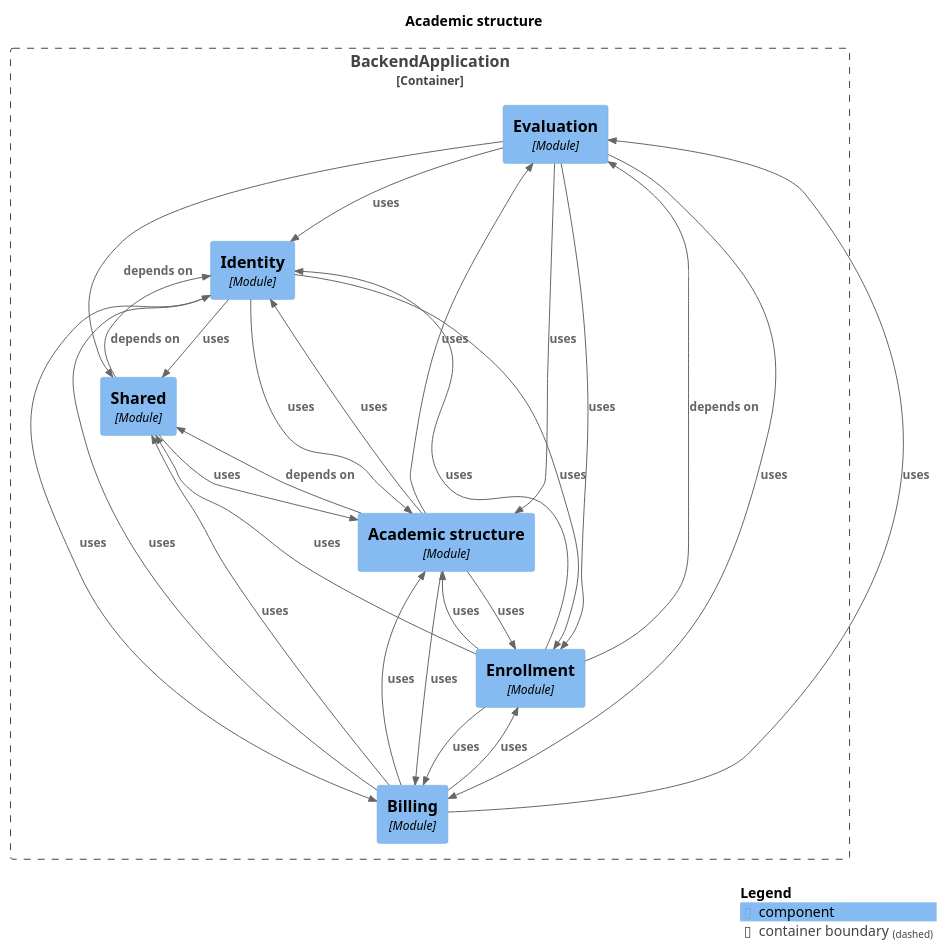
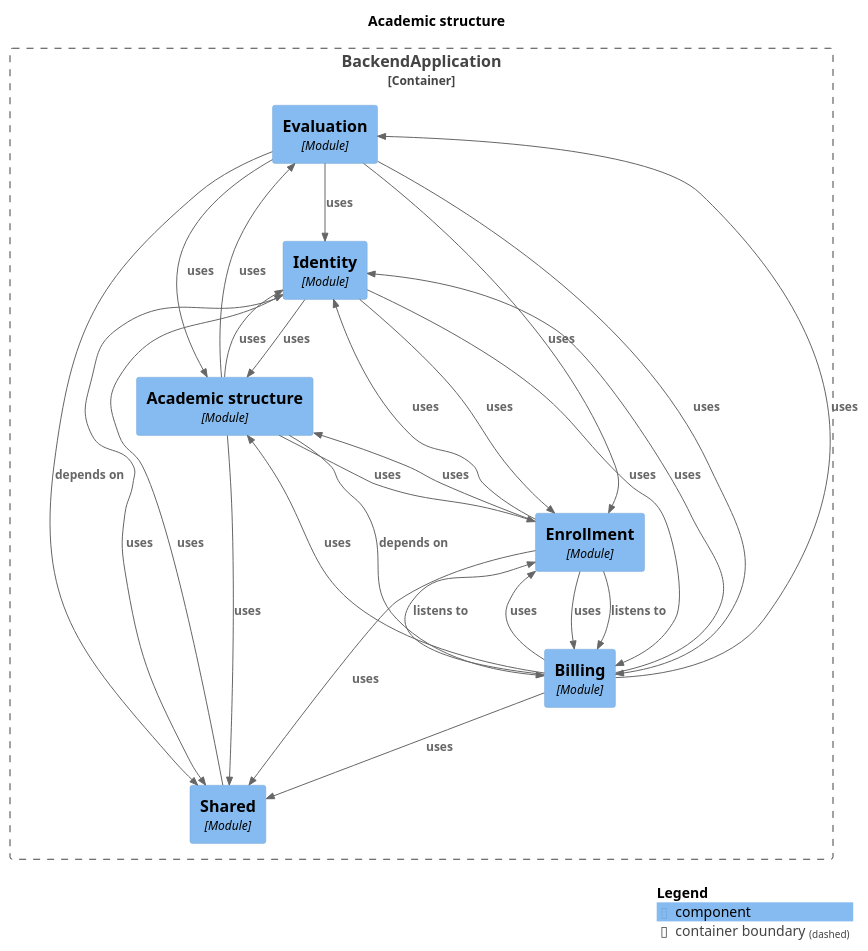
One commit to Gabriel030/agustina-bermejo-app changed the diagram in docs/architecture/module-academicstructure.puml. Above: the diagram before and after it, drawn with PlantUML. The commit also changed 21 other files, not shown here.

Commit message:
docs(architecture): regenera diagramas Modulith (M3a, billing v2) y corrige comando en README

```diff
--- a/docs/architecture/module-academicstructure.puml
+++ b/docs/architecture/module-academicstructure.puml
@@ -1,48 +1,48 @@
 @startuml
 set separator none
 title Academic structure
 
 top to bottom direction
 
 !include <C4/C4>
 !include <C4/C4_Context>
 !include <C4/C4_Component>
 
 Container_Boundary("BackendApplication.BackendApplication_boundary", "BackendApplication", $tags="") {
   Component(BackendApplication.BackendApplication.Evaluation, "Evaluation", $techn="Module", $descr="", $tags="", $link="")
   Component(BackendApplication.BackendApplication.Identity, "Identity", $techn="Module", $descr="", $tags="", $link="")
   Component(BackendApplication.BackendApplication.Shared, "Shared", $techn="Module", $descr="", $tags="", $link="")
   Component(BackendApplication.BackendApplication.Academicstructure, "Academic structure", $techn="Module", $descr="", $tags="", $link="")
   Component(BackendApplication.BackendApplication.Billing, "Billing", $techn="Module", $descr="", $tags="", $link="")
   Component(BackendApplication.BackendApplication.Enrollment, "Enrollment", $techn="Module", $descr="", $tags="", $link="")
 }
 
-Rel(BackendApplication.BackendApplication.Academicstructure, BackendApplication.BackendApplication.Billing, "uses", $techn="", $tags="", $link="")
+Rel(BackendApplication.BackendApplication.Academicstructure, BackendApplication.BackendApplication.Billing, "depends on", $techn="", $tags="", $link="")
 Rel(BackendApplication.BackendApplication.Academicstructure, BackendApplication.BackendApplication.Enrollment, "uses", $techn="", $tags="", $link="")
 Rel(BackendApplication.BackendApplication.Academicstructure, BackendApplication.BackendApplication.Evaluation, "uses", $techn="", $tags="", $link="")
 Rel(BackendApplication.BackendApplication.Academicstructure, BackendApplication.BackendApplication.Identity, "uses", $techn="", $tags="", $link="")
-Rel(BackendApplication.BackendApplication.Academicstructure, BackendApplication.BackendApplication.Shared, "depends on", $techn="", $tags="", $link="")
+Rel(BackendApplication.BackendApplication.Academicstructure, BackendApplication.BackendApplication.Shared, "uses", $techn="", $tags="", $link="")
 Rel(BackendApplication.BackendApplication.Billing, BackendApplication.BackendApplication.Academicstructure, "uses", $techn="", $tags="", $link="")
+Rel(BackendApplication.BackendApplication.Billing, BackendApplication.BackendApplication.Enrollment, "listens to", $techn="", $tags="", $link="")
 Rel(BackendApplication.BackendApplication.Billing, BackendApplication.BackendApplication.Enrollment, "uses", $techn="", $tags="", $link="")
 Rel(BackendApplication.BackendApplication.Billing, BackendApplication.BackendApplication.Evaluation, "uses", $techn="", $tags="", $link="")
 Rel(BackendApplication.BackendApplication.Billing, BackendApplication.BackendApplication.Identity, "uses", $techn="", $tags="", $link="")
 Rel(BackendApplication.BackendApplication.Billing, BackendApplication.BackendApplication.Shared, "uses", $techn="", $tags="", $link="")
 Rel(BackendApplication.BackendApplication.Enrollment, BackendApplication.BackendApplication.Academicstructure, "uses", $techn="", $tags="", $link="")
+Rel(BackendApplication.BackendApplication.Enrollment, BackendApplication.BackendApplication.Billing, "listens to", $techn="", $tags="", $link="")
 Rel(BackendApplication.BackendApplication.Enrollment, BackendApplication.BackendApplication.Billing, "uses", $techn="", $tags="", $link="")
-Rel(BackendApplication.BackendApplication.Enrollment, BackendApplication.BackendApplication.Evaluation, "depends on", $techn="", $tags="", $link="")
 Rel(BackendApplication.BackendApplication.Enrollment, BackendApplication.BackendApplication.Identity, "uses", $techn="", $tags="", $link="")
 Rel(BackendApplication.BackendApplication.Enrollment, BackendApplication.BackendApplication.Shared, "uses", $techn="", $tags="", $link="")
 Rel(BackendApplication.BackendApplication.Evaluation, BackendApplication.BackendApplication.Academicstructure, "uses", $techn="", $tags="", $link="")
 Rel(BackendApplication.BackendApplication.Evaluation, BackendApplication.BackendApplication.Billing, "uses", $techn="", $tags="", $link="")
 Rel(BackendApplication.BackendApplication.Evaluation, BackendApplication.BackendApplication.Enrollment, "uses", $techn="", $tags="", $link="")
 Rel(BackendApplication.BackendApplication.Evaluation, BackendApplication.BackendApplication.Identity, "uses", $techn="", $tags="", $link="")
 Rel(BackendApplication.BackendApplication.Evaluation, BackendApplication.BackendApplication.Shared, "depends on", $techn="", $tags="", $link="")
 Rel(BackendApplication.BackendApplication.Identity, BackendApplication.BackendApplication.Academicstructure, "uses", $techn="", $tags="", $link="")
 Rel(BackendApplication.BackendApplication.Identity, BackendApplication.BackendApplication.Billing, "uses", $techn="", $tags="", $link="")
 Rel(BackendApplication.BackendApplication.Identity, BackendApplication.BackendApplication.Enrollment, "uses", $techn="", $tags="", $link="")
 Rel(BackendApplication.BackendApplication.Identity, BackendApplication.BackendApplication.Shared, "uses", $techn="", $tags="", $link="")
-Rel(BackendApplication.BackendApplication.Shared, BackendApplication.BackendApplication.Academicstructure, "uses", $techn="", $tags="", $link="")
-Rel(BackendApplication.BackendApplication.Shared, BackendApplication.BackendApplication.Identity, "depends on", $techn="", $tags="", $link="")
+Rel(BackendApplication.BackendApplication.Shared, BackendApplication.BackendApplication.Identity, "uses", $techn="", $tags="", $link="")
 
 SHOW_LEGEND(true)
 @enduml
```
